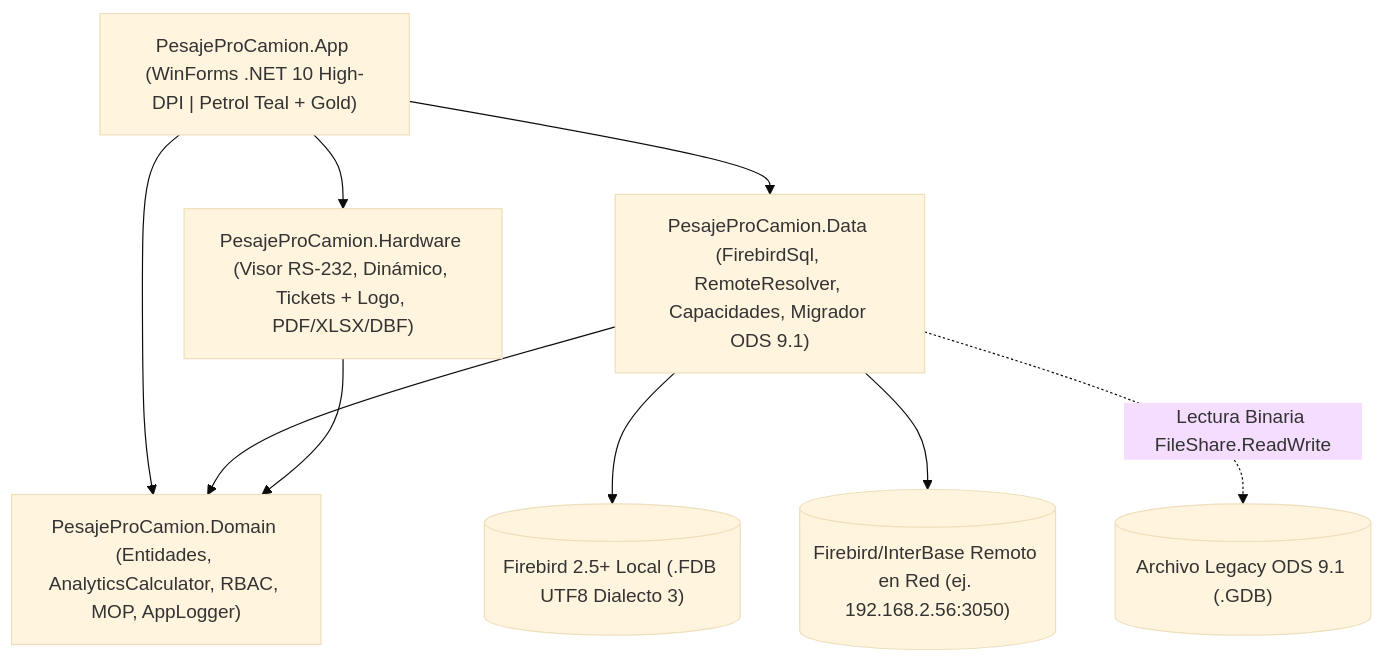
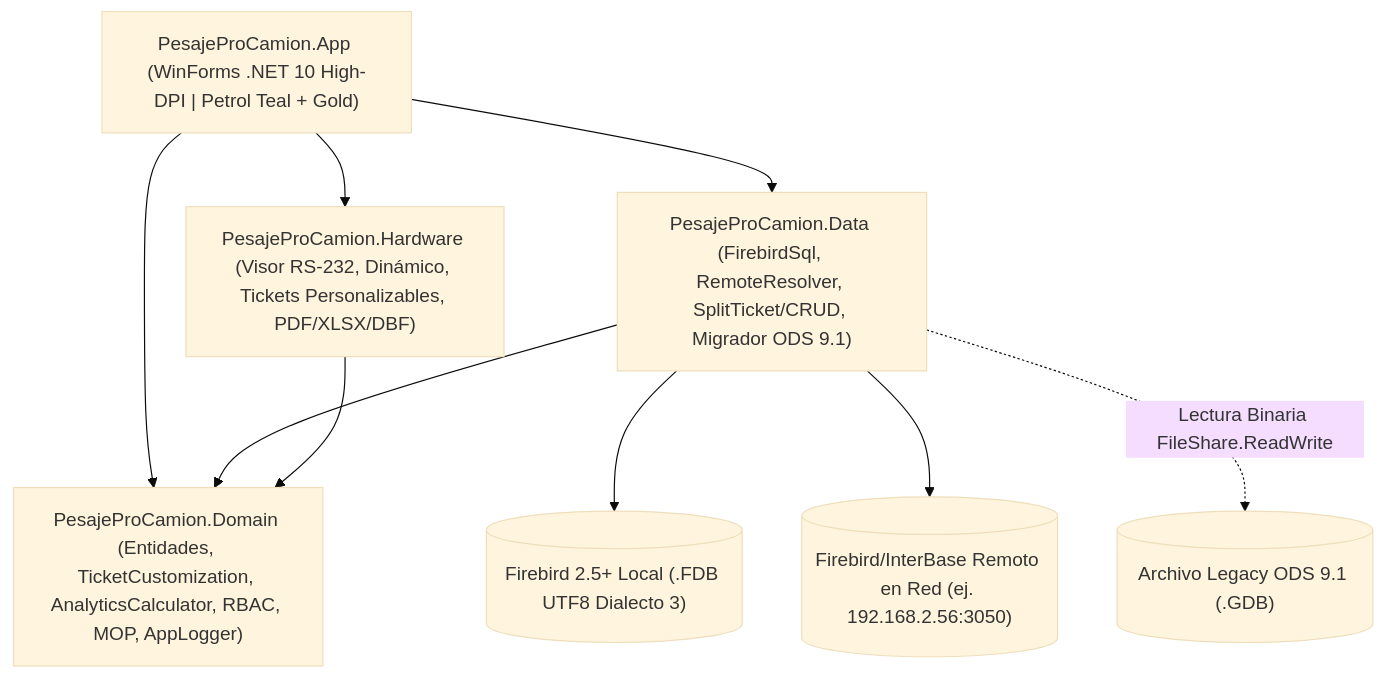
Before and after one commit to barriagada666-collab/PESAJEPROCAMION: the diagram in docs/ARQUITECTURA.md, drawn with Mermaid (base theme). The commit also changed other lines of this file and 32 other files, not shown here.

Commit message:
feat(v2.2.0): visor personalizable por checkboxes, tipo de pesaje destacado, bruto/tara/neto manual y division en 2 tickets

````diff
--- a/docs/ARQUITECTURA.md
+++ b/docs/ARQUITECTURA.md
@@ -5,19 +5,19 @@
 ```mermaid
 flowchart TD
     APP["PesajeProCamion.App (WinForms .NET 10 High-DPI | Petrol Teal + Gold)"]
-    DOMAIN["PesajeProCamion.Domain (Entidades, AnalyticsCalculator, RBAC, MOP, AppLogger)"]
-    DATA["PesajeProCamion.Data (FirebirdSql, RemoteResolver, Capacidades, Migrador ODS 9.1)"]
-    HW["PesajeProCamion.Hardware (Visor RS-232, Dinámico, Tickets + Logo, PDF/XLSX/DBF)"]
+    DOMAIN["PesajeProCamion.Domain (Entidades, TicketCustomization, AnalyticsCalculator, RBAC, MOP, AppLogger)"]
+    DATA["PesajeProCamion.Data (FirebirdSql, RemoteResolver, SplitTicket/CRUD, Migrador ODS 9.1)"]
+    HW["PesajeProCamion.Hardware (Visor RS-232, Dinámico, Tickets Personalizables, PDF/XLSX/DBF)"]
     FB_LOCAL[("Firebird 2.5+ Local (.FDB UTF8 Dialecto 3)")]
     FB_REMOTE[("Firebird/InterBase Remoto en Red (ej. 192.168.2.56:3050)")]
     LEGACY[("Archivo Legacy ODS 9.1 (.GDB)")]
 
     APP --> DOMAIN
     APP --> DATA
     APP --> HW
     DATA --> DOMAIN
     HW --> DOMAIN
     DATA --> FB_LOCAL
     DATA --> FB_REMOTE
     DATA -. "Lectura Binaria FileShare.ReadWrite" .-> LEGACY
 ```
````
